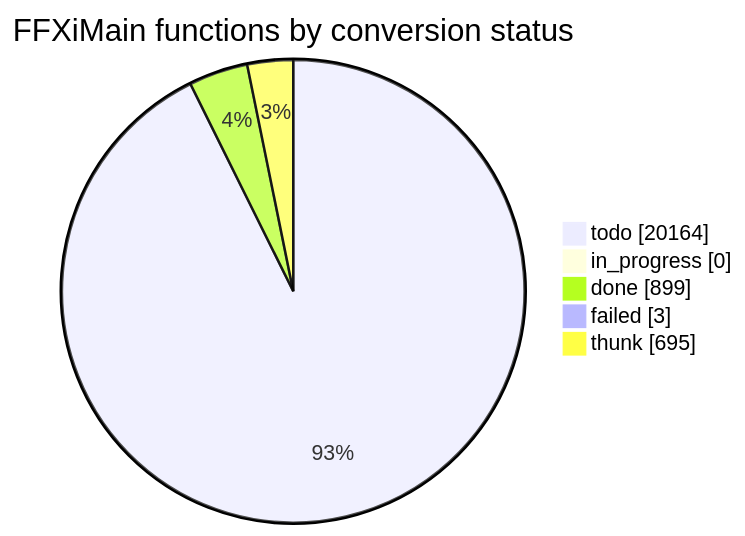
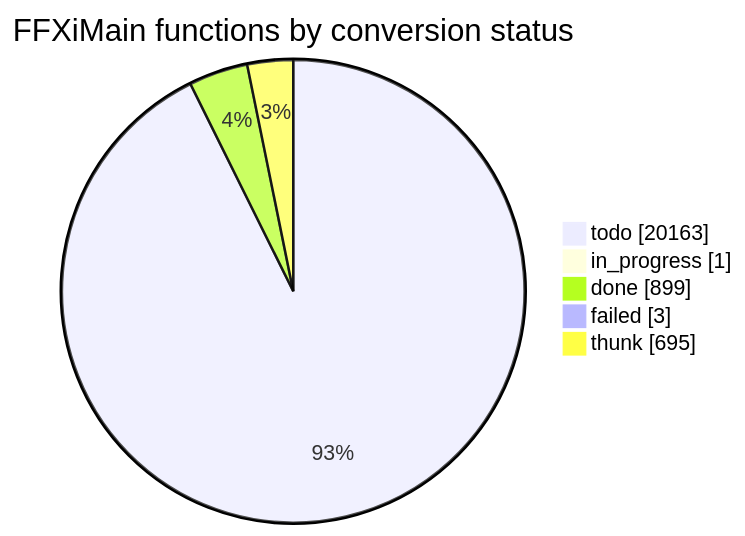
The diagram in docs/cow/STATUS.md (cowrevenge/cow_kuluu_xi_anything), drawn with Mermaid before and after one commit. The commit also changed other lines of this file and 7 other files, not shown here.

````diff
--- a/docs/cow/STATUS.md
+++ b/docs/cow/STATUS.md
@@ -18,9 +18,9 @@
 ```mermaid
 pie showData
     title FFXiMain functions by conversion status
-    "todo" : 20164
-    "in_progress" : 0
+    "todo" : 20163
+    "in_progress" : 1
     "done" : 899
     "failed" : 3
     "thunk" : 695
 ```
````
